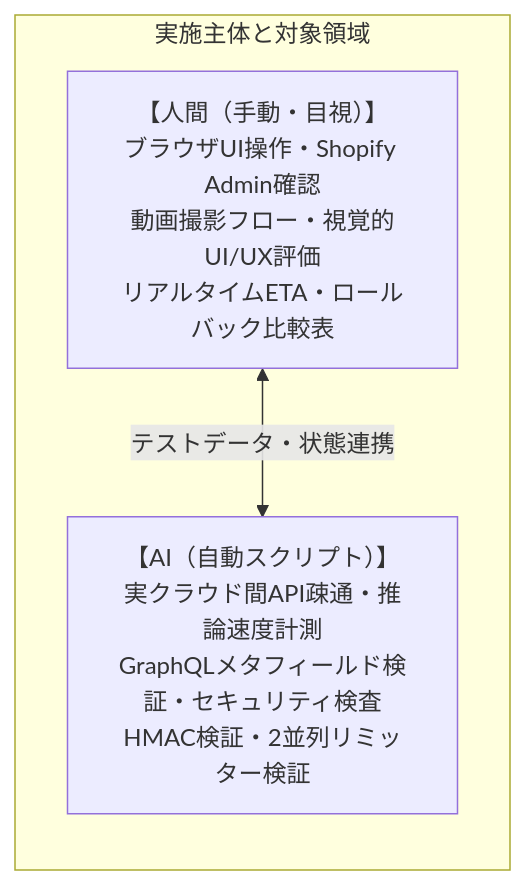
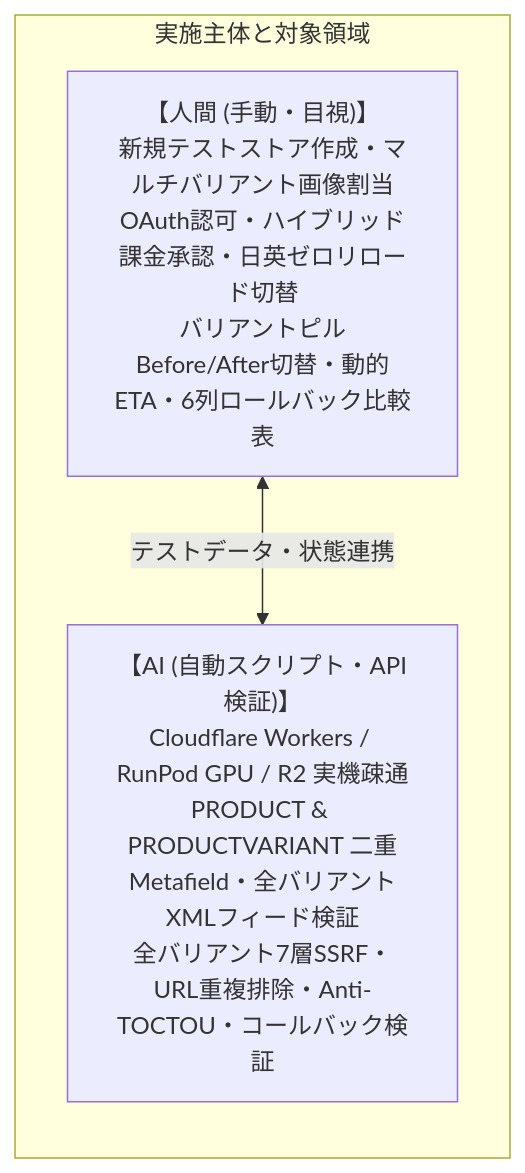
The first of 2 diagrams in docs/TEST_SPEC_SHOPIFY_INTEGRATION.md (studionexusops/safemedia-shield), drawn with Mermaid before and after one commit. The commit also changed other lines of this file and 24 other files, not shown here.

````diff
--- a/docs/TEST_SPEC_SHOPIFY_INTEGRATION.md
+++ b/docs/TEST_SPEC_SHOPIFY_INTEGRATION.md
@@ -29,9 +44,9 @@
 ```mermaid
 flowchart LR
     subgraph 実施主体と対象領域
         direction TB
-        Human["【人間（手動・目視）】<br>ブラウザUI操作・Shopify Admin確認<br>動画撮影フロー・視覚的UI/UX評価<br>リアルタイムETA・ロールバック比較表"]
-        AI["【AI（自動スクリプト）】<br>実クラウド間API疎通・推論速度計測<br>GraphQLメタフィールド検証・セキュリティ検査<br>HMAC検証・2並列リミッター検証"]
+        Human["【人間 (手動・目視)】<br>新規テストストア作成・マルチバリアント画像割当<br>OAuth認可・ハイブリッド課金承認・日英ゼロリロード切替<br>バリアントピルBefore/After切替・動的ETA・6列ロールバック比較表"]
+        AI["【AI (自動スクリプト・API検証)】<br>Cloudflare Workers / RunPod GPU / R2 実機疎通<br>PRODUCT & PRODUCTVARIANT 二重Metafield・全バリアントXMLフィード検証<br>全バリアント7層SSRF・URL重複排除・Anti-TOCTOU・コールバック検証"]
     end
-    Human <-->|テストデータ・状態連携| AI
+    Human <-->|"テストデータ・状態連携"| AI
 ```
````
